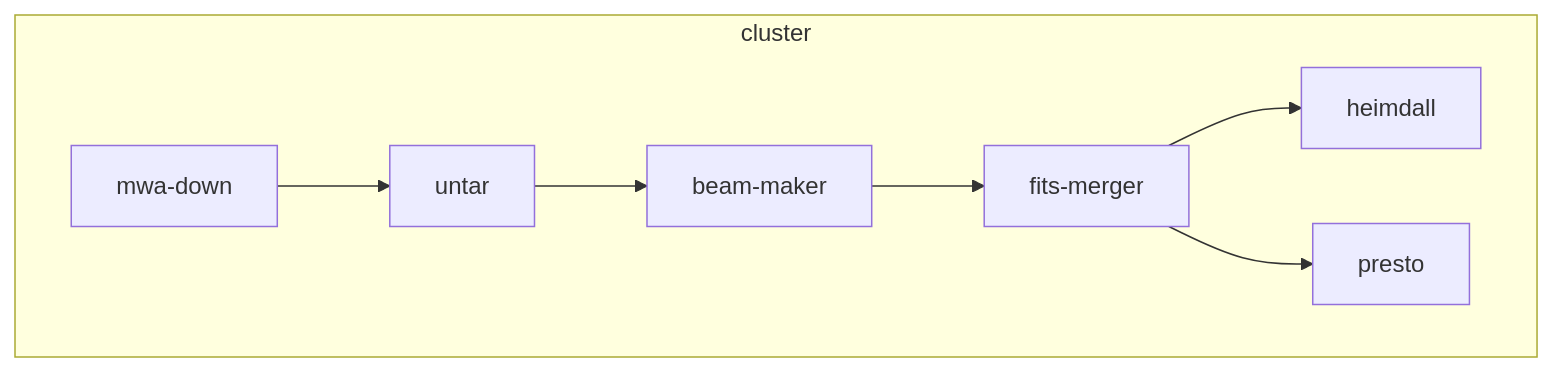
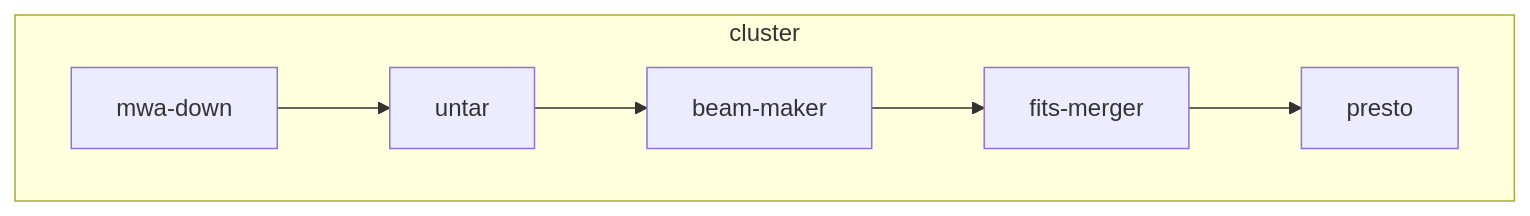
Before and after one commit to kaichao/app-mwa: the first of 3 diagrams in README.md, drawn with Mermaid. The commit also changed other lines of this file and 5 other files, not shown here.

````diff
--- a/README.md
+++ b/README.md
@@ -8,10 +8,9 @@
 ```mermaid
 flowchart TD
   subgraph cluster
     mwa-down --> untar
     untar --> beam-maker
     beam-maker --> fits-merger
-    fits-merger --> heimdall
     fits-merger --> presto
   end
 ```
````
